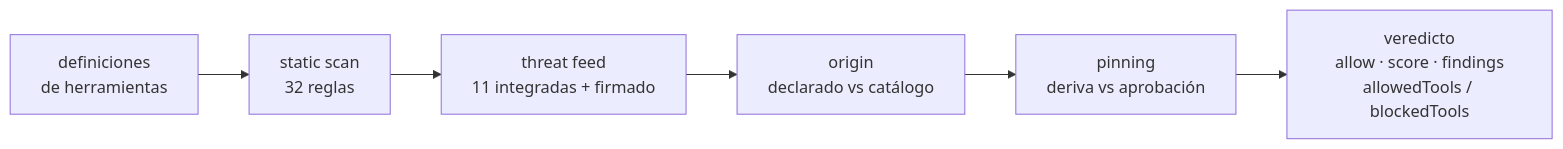
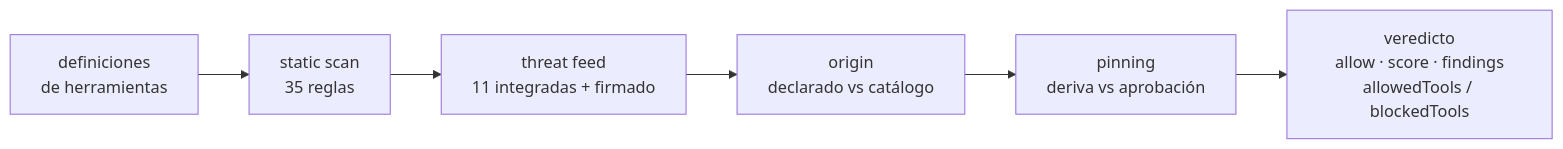
The diagram in README-es.md (alexar76/warden), drawn with Mermaid before and after one commit. The commit also changed other lines of this file and 52 other files, not shown here.

````diff
--- a/README-es.md
+++ b/README-es.md
@@ -196,8 +196,8 @@
 ```mermaid
 flowchart LR
-  T["definiciones<br/>de herramientas"] --> S["static scan<br/>32 reglas"]
+  T["definiciones<br/>de herramientas"] --> S["static scan<br/>35 reglas"]
   S --> F["threat feed<br/>11 integradas + firmado"]
   F --> O["origin<br/>declarado vs catálogo"]
   O --> P["pinning<br/>deriva vs aprobación"]
   P --> V["veredicto<br/>allow · score · findings<br/>allowedTools / blockedTools"]
 ```
````
